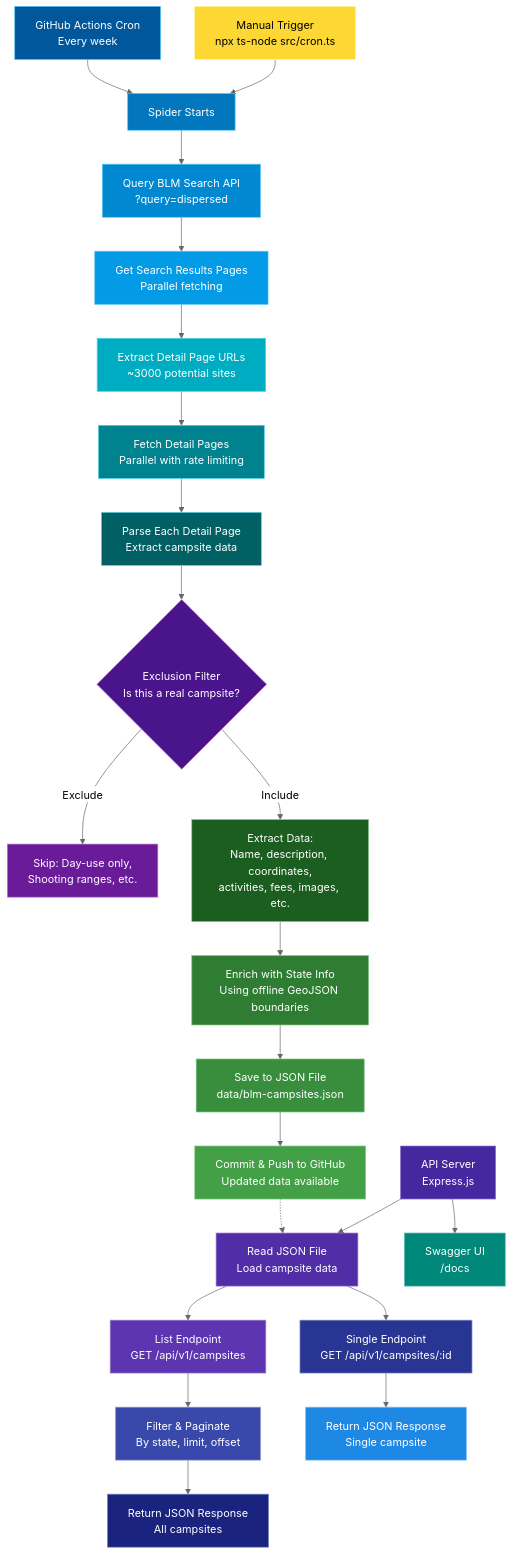
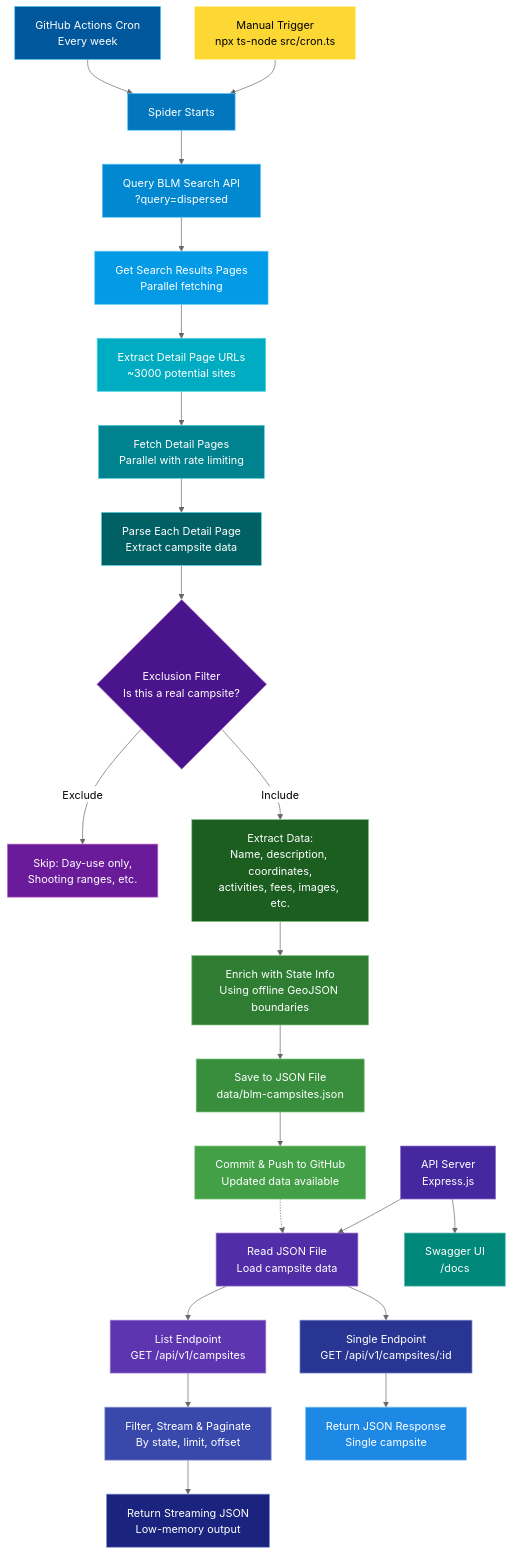
Before and after one commit to baileydunning/blm-spider: the diagram in README.md, drawn with Mermaid (neutral theme). The commit also changed other lines of this file, not shown here.

````diff
--- a/README.md
+++ b/README.md
@@ -41,52 +42,52 @@
 ```mermaid
 graph TB
     A[GitHub Actions Cron<br/>Every week] --> B[Spider Starts]
     B --> C[Query BLM Search API<br/>?query=dispersed]
     C --> D[Get Search Results Pages<br/>Parallel fetching]
     D --> E[Extract Detail Page URLs<br/>~3000 potential sites]
     E --> F[Fetch Detail Pages<br/>Parallel with rate limiting]
     F --> G[Parse Each Detail Page<br/>Extract campsite data]
     G --> H{Exclusion Filter<br/>Is this a real campsite?}
     H -->|Exclude| I[Skip: Day-use only,<br/>Shooting ranges, etc.]
     H -->|Include| J[Extract Data:<br/>Name, description, coordinates,<br/>activities, fees, images, etc.]
     J --> K[Enrich with State Info<br/>Using offline GeoJSON boundaries]
     K --> L[Save to JSON File<br/>data/blm-campsites.json]
     L --> M[Commit & Push to GitHub<br/>Updated data available]
     
     N[API Server<br/>Express.js] --> O[Read JSON File<br/>Load campsite data]
     O --> P[List Endpoint<br/>GET /api/v1/campsites]
-    P --> Q[Filter & Paginate<br/>By state, limit, offset]
-    Q --> R[Return JSON Response<br/>All campsites]
+    P --> Q[Filter, Stream & Paginate<br/>By state, limit, offset]
+    Q --> R[Return Streaming JSON<br/>Low-memory output]
 
     O --> U[Single Endpoint<br/>GET /api/v1/campsites/:id]
     U --> V[Return JSON Response<br/>Single campsite]
 
     N --> W[Swagger UI<br/>/docs]
     
     S[Manual Trigger<br/>npx ts-node src/cron.ts] --> B
     
     M -.-> O
 
     style A fill:#01579b,stroke:#4fc3f7,color:#ffffff
     style B fill:#0277bd,stroke:#4fc3f7,color:#ffffff
     style C fill:#0288d1,stroke:#4fc3f7,color:#ffffff
     style D fill:#039be5,stroke:#4fc3f7,color:#ffffff
     style E fill:#00acc1,stroke:#4dd0e1,color:#ffffff
     style F fill:#00838f,stroke:#4dd0e1,color:#ffffff
     style G fill:#006064,stroke:#4dd0e1,color:#ffffff
     style H fill:#4a148c,stroke:#ce93d8,color:#ffffff
     style I fill:#6a1b9a,stroke:#ba68c8,color:#ffffff
     style J fill:#1b5e20,stroke:#81c784,color:#ffffff
     style K fill:#2e7d32,stroke:#81c784,color:#ffffff
     style L fill:#388e3c,stroke:#81c784,color:#ffffff
     style M fill:#43a047,stroke:#81c784,color:#ffffff
     style N fill:#4527a0,stroke:#9575cd,color:#ffffff
     style O fill:#512da8,stroke:#9575cd,color:#ffffff
     style P fill:#5e35b1,stroke:#b39ddb,color:#ffffff
     style Q fill:#3949ab,stroke:#9fa8da,color:#ffffff
     style R fill:#1a237e,stroke:#7986cb,color:#ffffff
     style U fill:#283593,stroke:#9fa8da,color:#ffffff
     style V fill:#1e88e5,stroke:#90caf9,color:#ffffff
     style W fill:#00897b,stroke:#4db6ac,color:#ffffff
     style S fill:#fdd835,stroke:#fff59d,color:#000000
 ```
````
